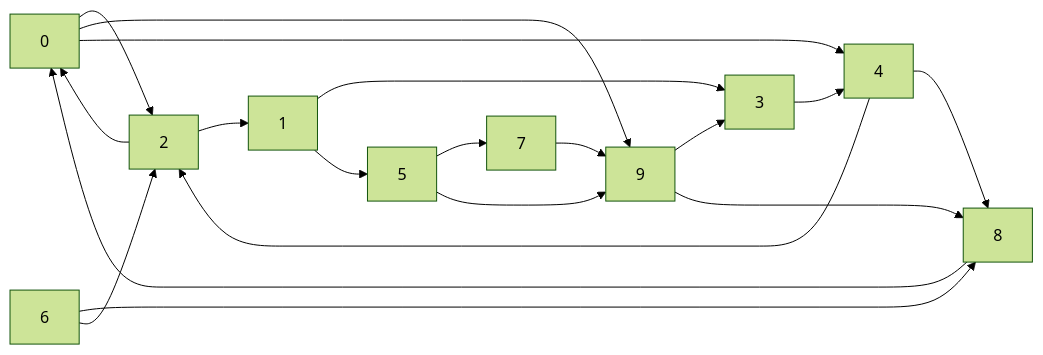
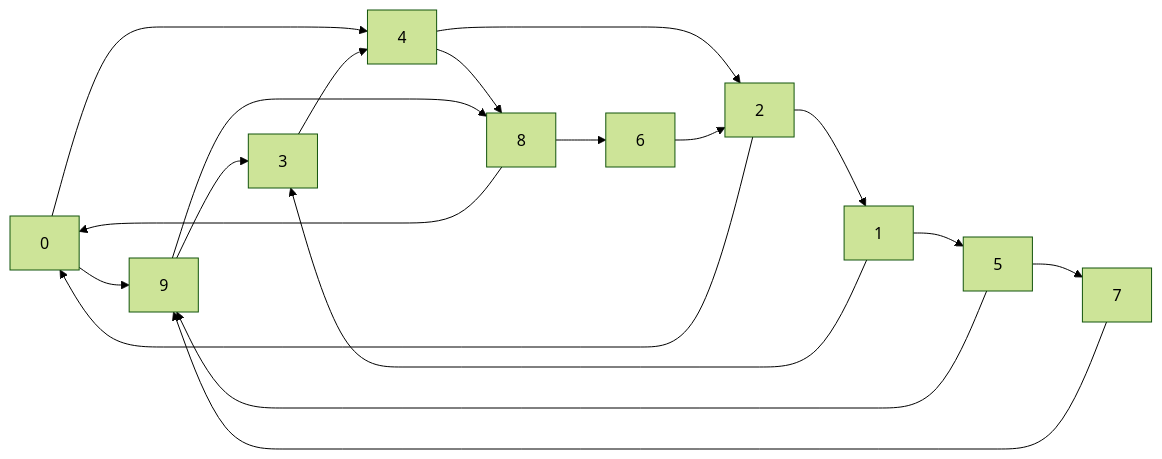
The diagram in terminale/Structures_relationnelles_de_données/Exercices/Exercices_algorithmes_sur_les_graphes.md (boddaert/nsi), drawn with Mermaid (forest theme) before and after one commit.

````diff
--- a/terminale/Structures_relationnelles_de_données/Exercices/Exercices_algorithmes_sur_les_graphes.md
+++ b/terminale/Structures_relationnelles_de_données/Exercices/Exercices_algorithmes_sur_les_graphes.md
@@ -5,21 +5,20 @@
 ```mermaid
     flowchart LR
-        0 --> 2
         0 --> 9
         0 --> 4
         1 --> 3
         1 --> 5
         2 --> 0
         2 --> 1
         3 --> 4
         4 --> 2
         4 --> 8
         5 --> 7
         5 --> 9
-        6 --> 8
+        8 --> 6
         6 --> 2
         7 --> 9
         8 --> 0
         9 --> 3
         9 --> 8
 ```
````
